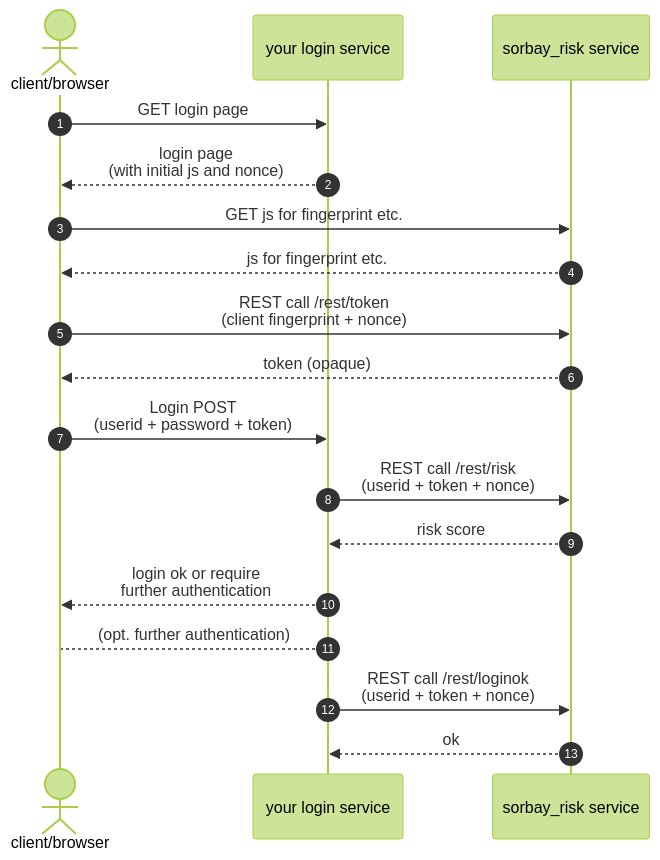
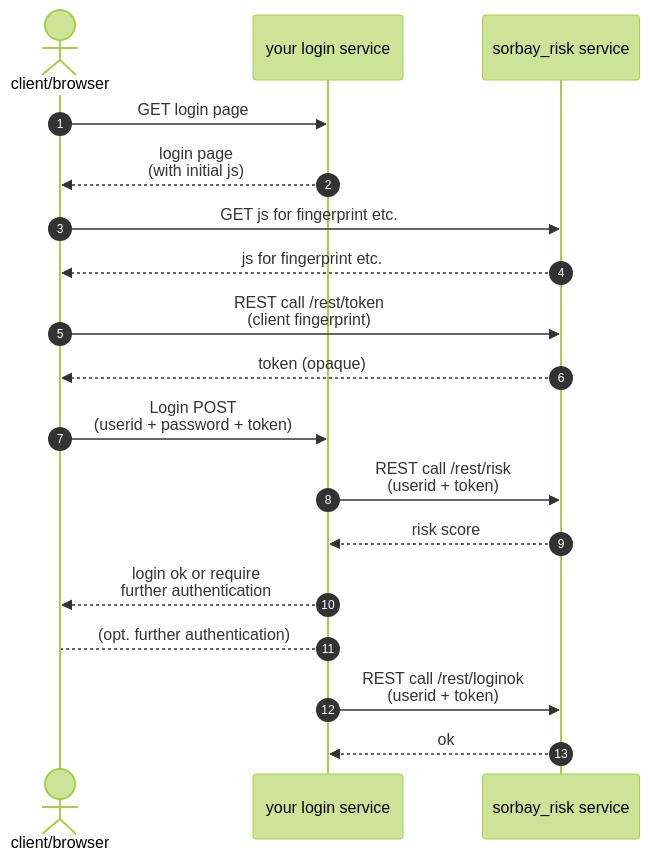
One commit to sorbay/sorbay-documentation changed the diagram in docs/en/sorbay_risk_integration.md. Above: the diagram before and after it, drawn with Mermaid (forest theme). The commit also changed other lines of this file and 2 other files, not shown here.

Commit message:
removed nonce

````diff
--- a/docs/en/sorbay_risk_integration.md
+++ b/docs/en/sorbay_risk_integration.md
@@ -33,23 +33,23 @@
 ```mermaid
 sequenceDiagram
 
 autonumber
 
 actor client as client/browser
 participant login as your login service
 participant risk as sorbay_risk service
 
 client ->> login: GET login page
-login -->> client: login page<br>(with initial js and nonce)
+login -->> client: login page<br>(with initial js)
 client ->> risk: GET js for fingerprint etc.
 risk -->> client: js for fingerprint etc.
-client ->> risk: REST call /rest/token<br>(client fingerprint + nonce)
+client ->> risk: REST call /rest/token<br>(client fingerprint)
 risk -->> client: token (opaque)
 client ->> login: Login POST<br>(userid + password + token)
-login ->> risk: REST call /rest/risk<br>(userid + token + nonce)
+login ->> risk: REST call /rest/risk<br>(userid + token)
 risk -->> login: risk score
 login -->> client : login ok or require<br>further authentication
 login --> client : (opt. further authentication)
-login ->> risk: REST call /rest/loginok<br>(userid + token + nonce)
+login ->> risk: REST call /rest/loginok<br>(userid + token)
 risk -->> login: ok
 ```
````
